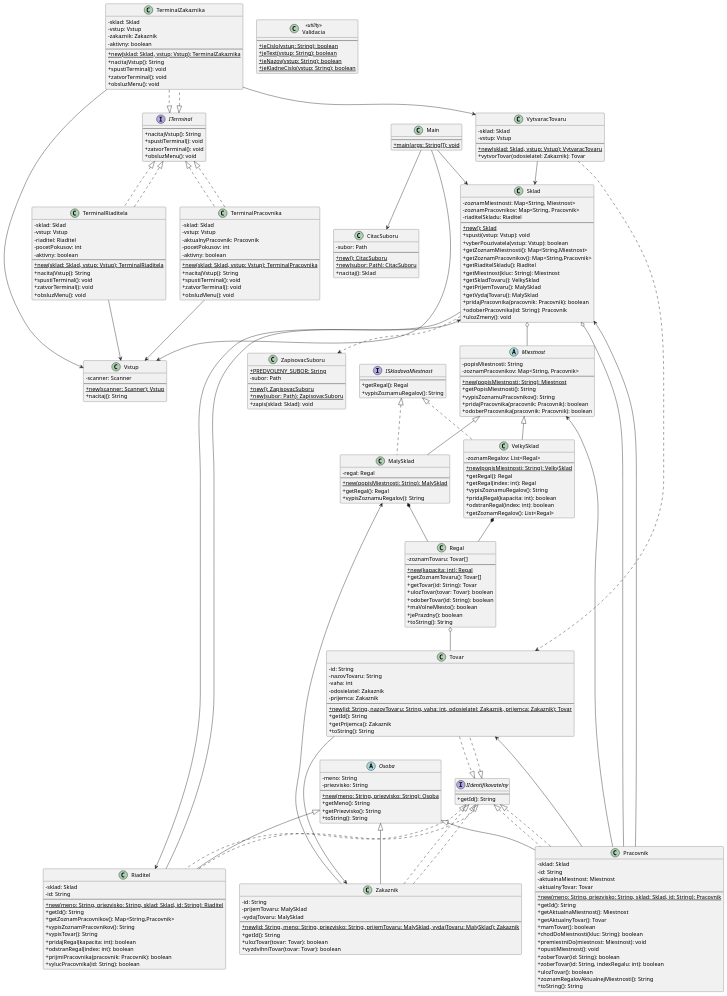
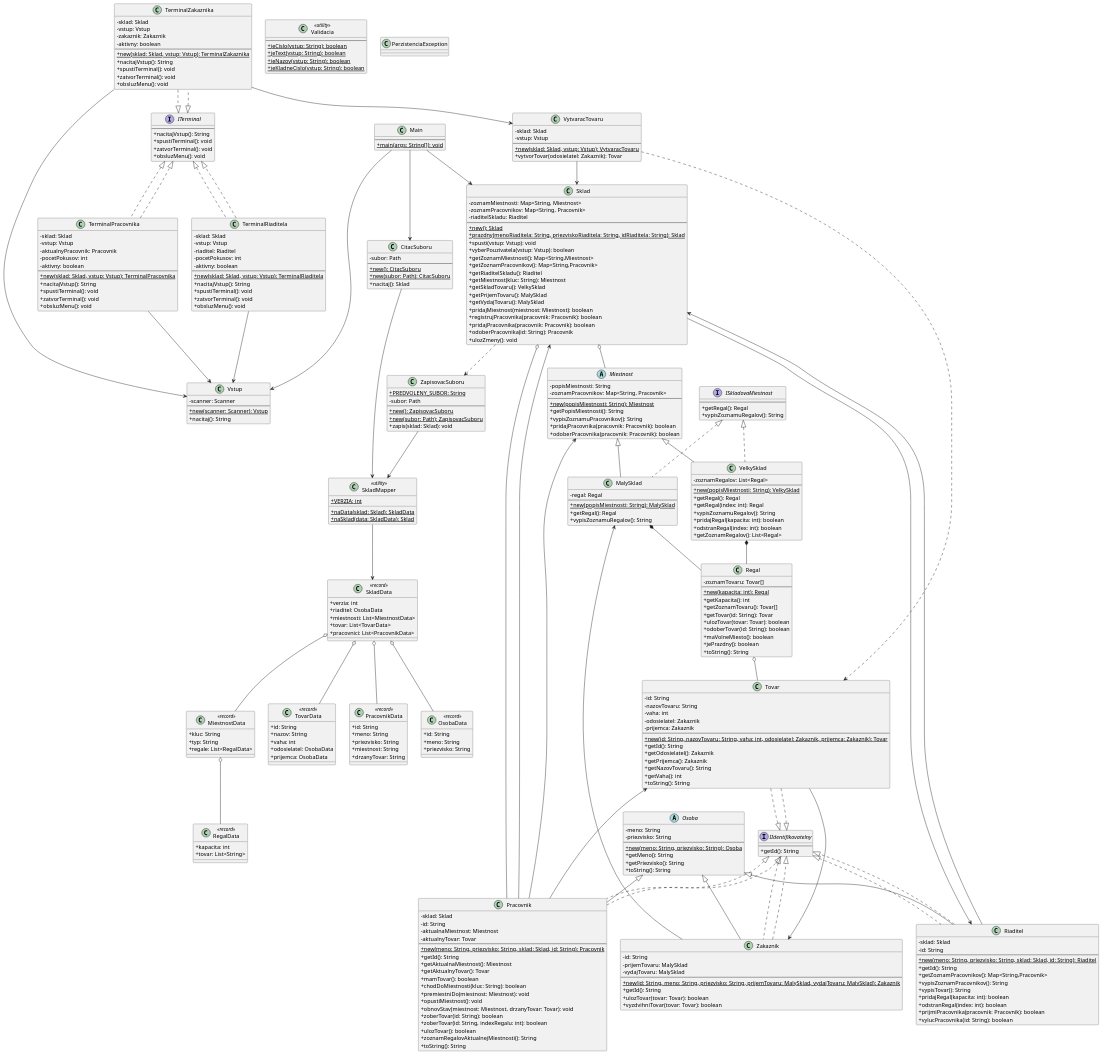
One commit to Jarru01/warehouse-management-app changed the diagram in docs/uml.puml. Above: the diagram before and after it, drawn with PlantUML. The commit also changed 25 other files, not shown here.

```diff
--- a/docs/uml.puml
+++ b/docs/uml.puml
@@ -26,6 +26,7 @@
 -riaditelSkladu: Riaditel
 --
 +{static}new(): Sklad
++{static}prazdny(menoRiaditela: String, priezviskoRiaditela: String, idRiaditela: String): Sklad
 +spusti(vstup: Vstup): void
 +vyberPouzivatela(vstup: Vstup): boolean
 +getZoznamMiestnosti(): Map<String,Miestnost>
@@ -35,6 +36,8 @@
 +getSkladTovaru(): VelkySklad
 +getPrijemTovaru(): MalySklad
 +getVydajTovaru(): MalySklad
++pridajMiestnost(miestnost: Miestnost): boolean
++registrujPracovnika(pracovnik: Pracovnik): boolean
 +pridajPracovnika(pracovnik: Pracovnik): boolean
 +odoberPracovnika(id: String): Pracovnik
 +ulozZmeny(): void
@@ -109,6 +112,7 @@
 +chodDoMiestnosti(kluc: String): boolean
 +premiestniDo(miestnost: Miestnost): void
 +opustiMiestnost(): void
++obnovStav(miestnost: Miestnost, drzanyTovar: Tovar): void
 +zoberTovar(id: String): boolean
 +zoberTovar(id: String, indexRegalu: int): boolean
 +ulozTovar(): boolean
@@ -159,10 +163,60 @@
 +zapis(sklad: Sklad): void
 }
 
+class SkladMapper <<utility>> {
++{static}VERZIA: int
++{static}naData(sklad: Sklad): SkladData
++{static}naSklad(data: SkladData): Sklad
+}
+
+class PerzistenciaException
+
+class SkladData <<record>> {
++verzia: int
++riaditel: OsobaData
++miestnosti: List<MiestnostData>
++tovar: List<TovarData>
++pracovnici: List<PracovnikData>
+}
+
+class OsobaData <<record>> {
++id: String
++meno: String
++priezvisko: String
+}
+
+class MiestnostData <<record>> {
++kluc: String
++typ: String
++regale: List<RegalData>
+}
+
+class RegalData <<record>> {
++kapacita: int
++tovar: List<String>
+}
+
+class TovarData <<record>> {
++id: String
++nazov: String
++vaha: int
++odosielatel: OsobaData
++prijemca: OsobaData
+}
+
+class PracovnikData <<record>> {
++id: String
++meno: String
++priezvisko: String
++miestnost: String
++drzanyTovar: String
+}
+
 class Regal {
 -zoznamTovaru: Tovar[]
 --
 +{static}new(kapacita: int): Regal
++getKapacita(): int
 +getZoznamTovaru(): Tovar[]
 +getTovar(id: String): Tovar
 +ulozTovar(tovar: Tovar): boolean
@@ -181,7 +235,10 @@
 --
 +{static}new(id: String, nazovTovaru: String, vaha: int, odosielatel: Zakaznik, prijemca: Zakaznik): Tovar
 +getId(): String
++getOdosielatel(): Zakaznik
 +getPrijemca(): Zakaznik
++getNazovTovaru(): String
++getVaha(): int
 +toString(): String
 }
 
@@ -250,6 +307,15 @@
 Sklad --> Riaditel
 Sklad ..> ZapisovacSuboru
 
+CitacSuboru --> SkladMapper
+ZapisovacSuboru --> SkladMapper
+SkladMapper --> SkladData
+SkladData o-- OsobaData
+SkladData o-- MiestnostData
+SkladData o-- TovarData
+SkladData o-- PracovnikData
+MiestnostData o-- RegalData
+
 MalySklad *-- Regal
 VelkySklad *-- Regal
 Regal o-- Tovar
```
